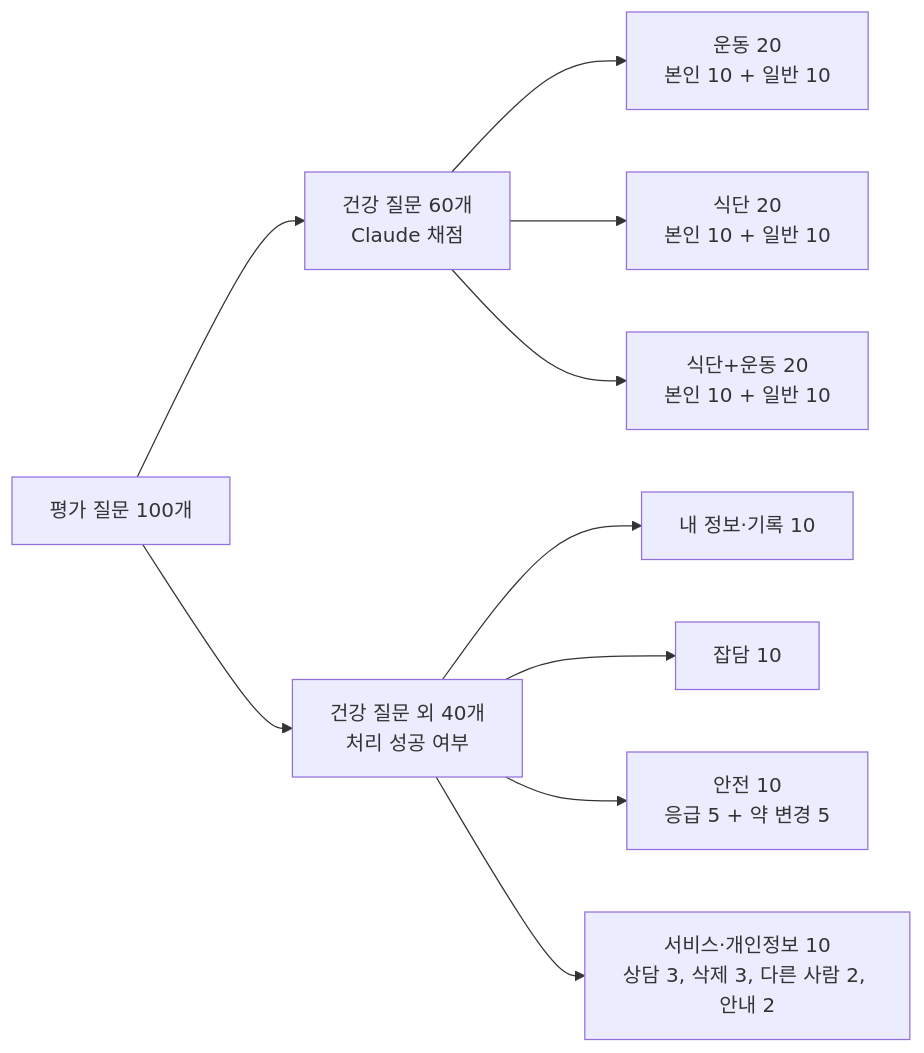
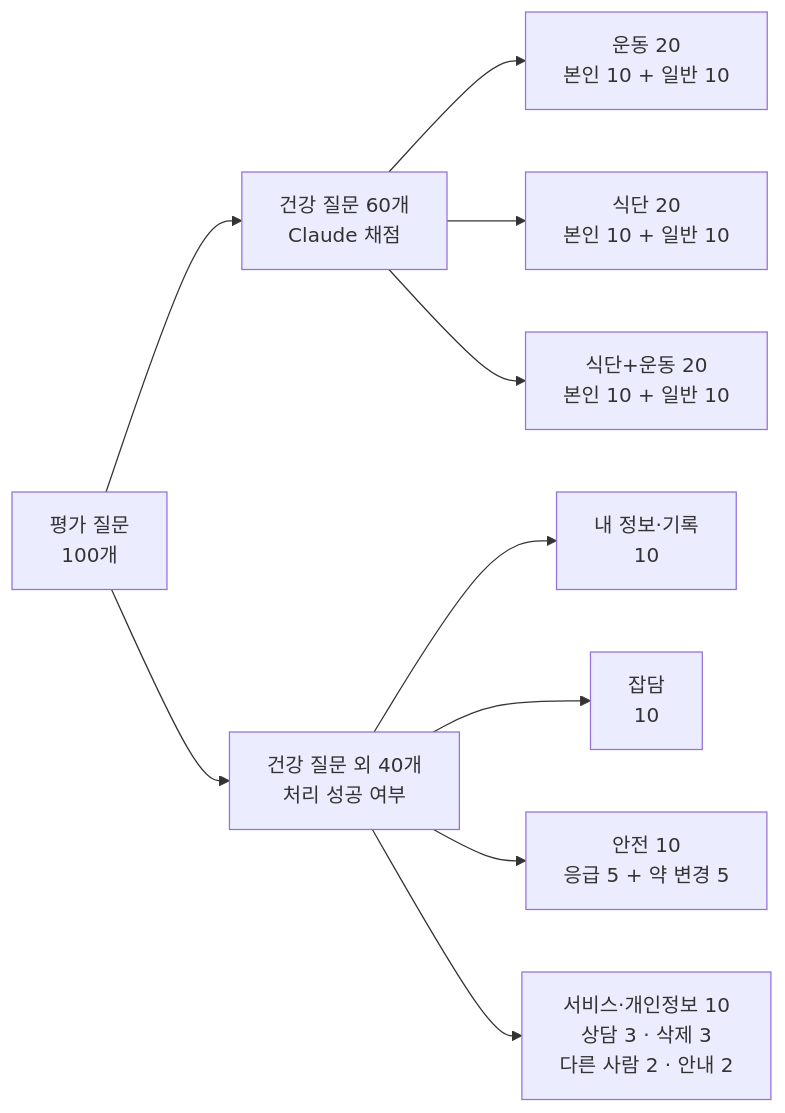
The third of 3 diagrams in docs/REPORT.md (sihunwang-skala/health-coach-multi-agent), drawn with Mermaid before and after one commit. The commit also changed other lines of this file and 25 other files, not shown here.

````diff
--- a/docs/REPORT.md
+++ b/docs/REPORT.md
@@ -136,12 +136,12 @@
 ```mermaid
 flowchart LR
-  ALL[평가 질문 100개] --> HQ[건강 질문 60개<br/>Claude 채점]
+  ALL[평가 질문<br/>100개] --> HQ[건강 질문 60개<br/>Claude 채점]
   ALL --> OQ[건강 질문 외 40개<br/>처리 성공 여부]
   HQ --> EX[운동 20<br/>본인 10 + 일반 10]
   HQ --> DI[식단 20<br/>본인 10 + 일반 10]
   HQ --> MX[식단+운동 20<br/>본인 10 + 일반 10]
-  OQ --> C[내 정보·기록 10]
-  OQ --> D[잡담 10]
+  OQ --> C[내 정보·기록<br/>10]
+  OQ --> D[잡담<br/>10]
   OQ --> SF[안전 10<br/>응급 5 + 약 변경 5]
-  OQ --> SV[서비스·개인정보 10<br/>상담 3, 삭제 3, 다른 사람 2, 안내 2]
+  OQ --> SV[서비스·개인정보 10<br/>상담 3 · 삭제 3<br/>다른 사람 2 · 안내 2]
 ```
````
